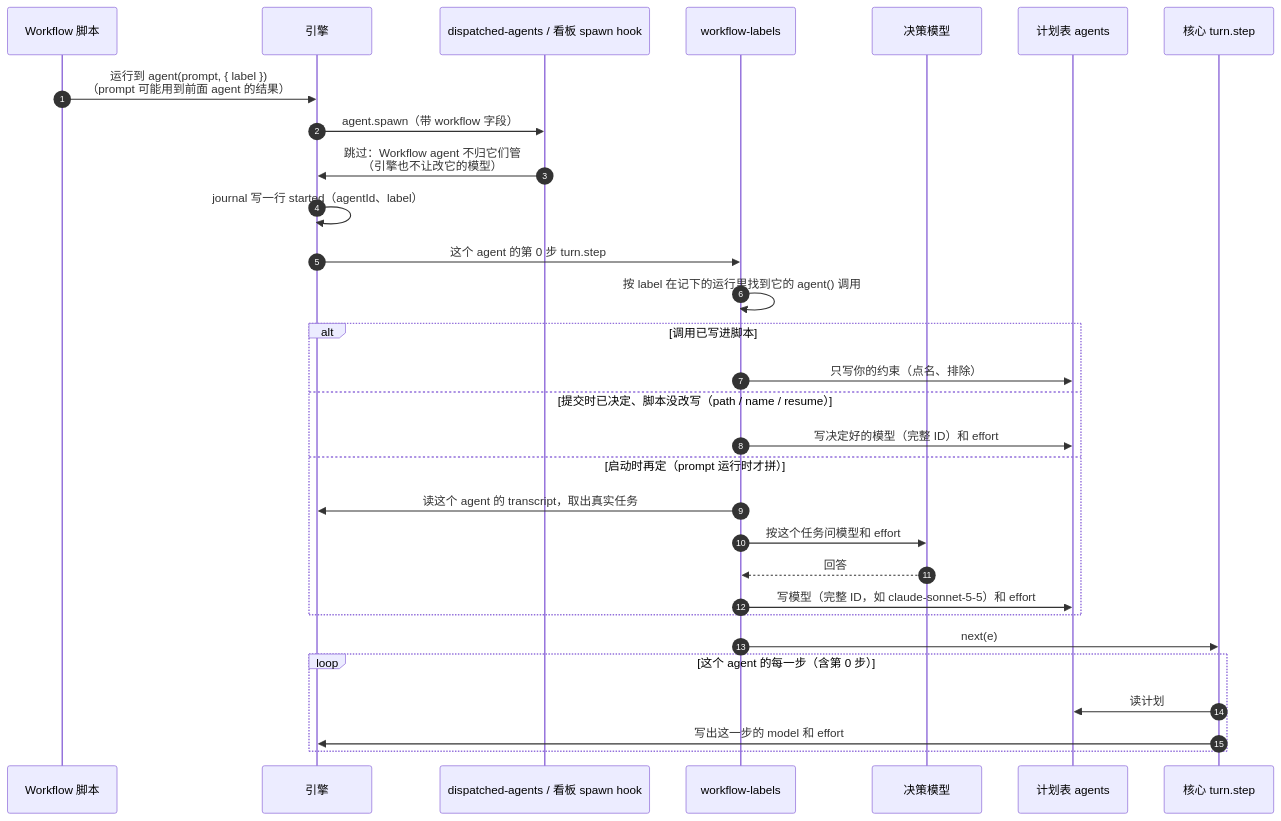
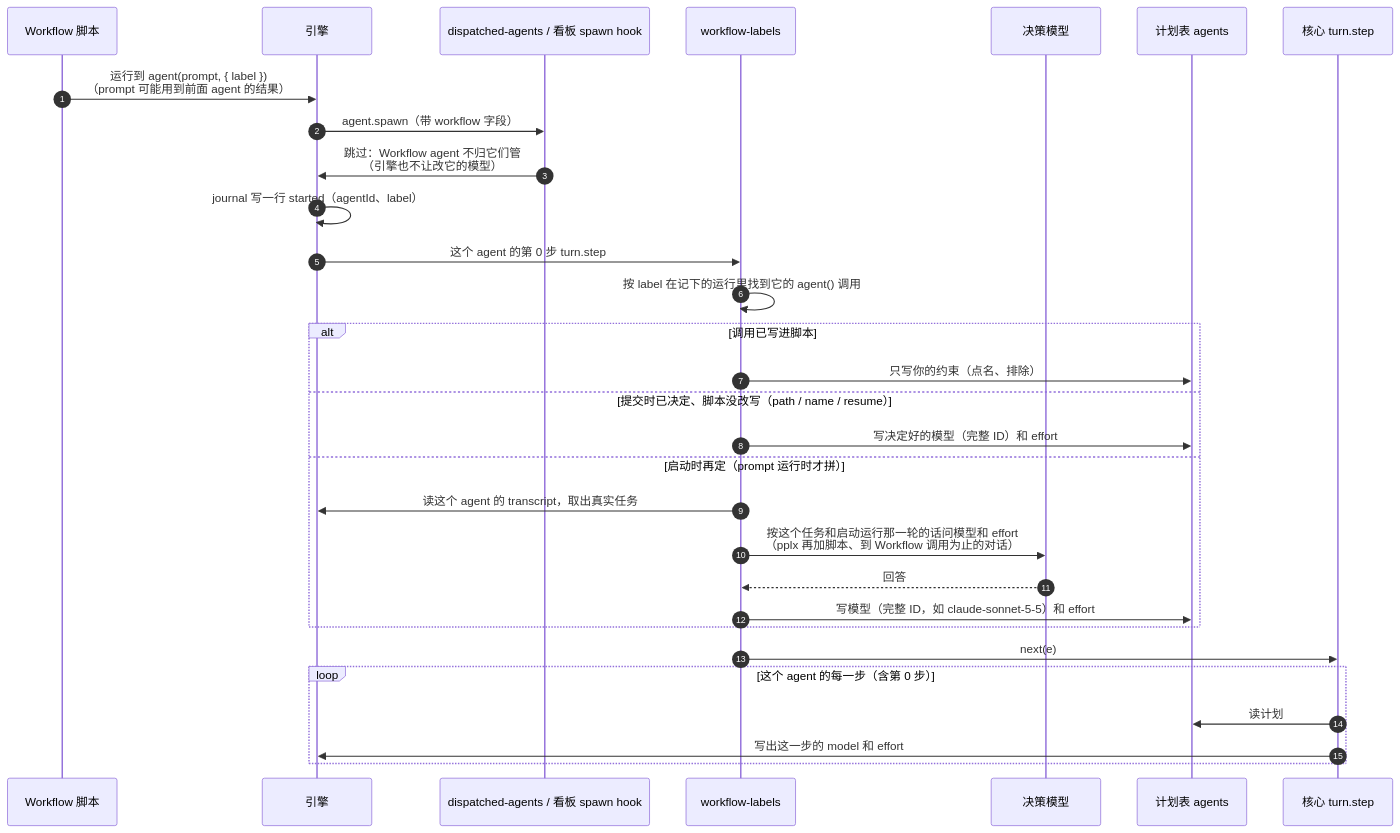
Before and after one commit to alexcz-a11y/claude-mods: the fourth of 6 diagrams in docs/dispatch-pilot-routing.md, drawn with Mermaid. The commit also changed other lines of this file and 24 other files, not shown here.

````diff
--- a/docs/dispatch-pilot-routing.md
+++ b/docs/dispatch-pilot-routing.md
@@ -114,33 +114,33 @@
 ```mermaid
 sequenceDiagram
     autonumber
     participant S as Workflow 脚本
     participant E as 引擎
     participant D as dispatched-agents / 看板 spawn hook
     participant L as workflow-labels
     participant J as 决策模型
     participant P as 计划表 agents
     participant C as 核心 turn.step
 
     S->>E: 运行到 agent(prompt, { label })<br/>（prompt 可能用到前面 agent 的结果）
     E->>D: agent.spawn（带 workflow 字段）
     D->>E: 跳过：Workflow agent 不归它们管<br/>（引擎也不让改它的模型）
     E->>E: journal 写一行 started（agentId、label）
     E->>L: 这个 agent 的第 0 步 turn.step
     L->>L: 按 label 在记下的运行里找到它的 agent() 调用
     alt 调用已写进脚本
         L->>P: 只写你的约束（点名、排除）
     else 提交时已决定、脚本没改写（path / name / resume）
         L->>P: 写决定好的模型（完整 ID）和 effort
     else 启动时再定（prompt 运行时才拼）
         L->>E: 读这个 agent 的 transcript，取出真实任务
-        L->>J: 按这个任务问模型和 effort
+        L->>J: 按这个任务和启动运行那一轮的话问模型和 effort<br/>（pplx 再加脚本、到 Workflow 调用为止的对话）
         J-->>L: 回答
         L->>P: 写模型（完整 ID，如 claude-sonnet-5-5）和 effort
     end
     L->>C: next(e)
     loop 这个 agent 的每一步（含第 0 步）
         C->>P: 读计划
         C->>E: 写出这一步的 model 和 effort
     end
 ```
````
